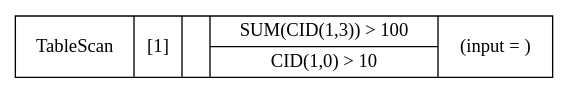
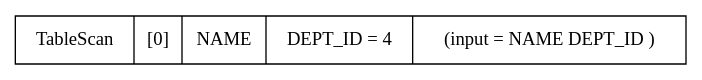
Before and after one commit to adarshpannu/kona: the diagram in plan.dot, drawn with Graphviz. The commit also changed 14 other files, not shown here.

```diff
--- a/plan.dot
+++ b/plan.dot
@@ -1,7 +1,7 @@
 digraph example1 {
     node [shape=record];
     rankdir=BT;
     nodesep=0.5;
     ordering="in";
-    popnodePOPKey1v1[label="TableScan|[1]||{SUM(CID(1,3)) \> 100|CID(1,0) \> 10}|(input = )"];
+    popnodePOPKey1v1[label="TableScan|[0]|NAME |{DEPT_ID = 4}|(input = NAME DEPT_ID )"];
 }
```
